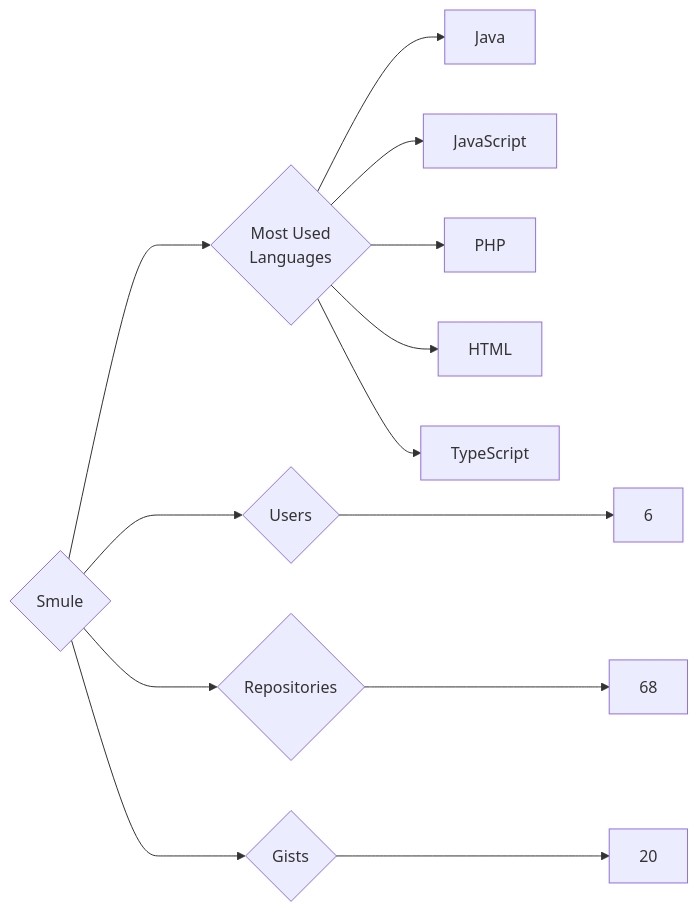
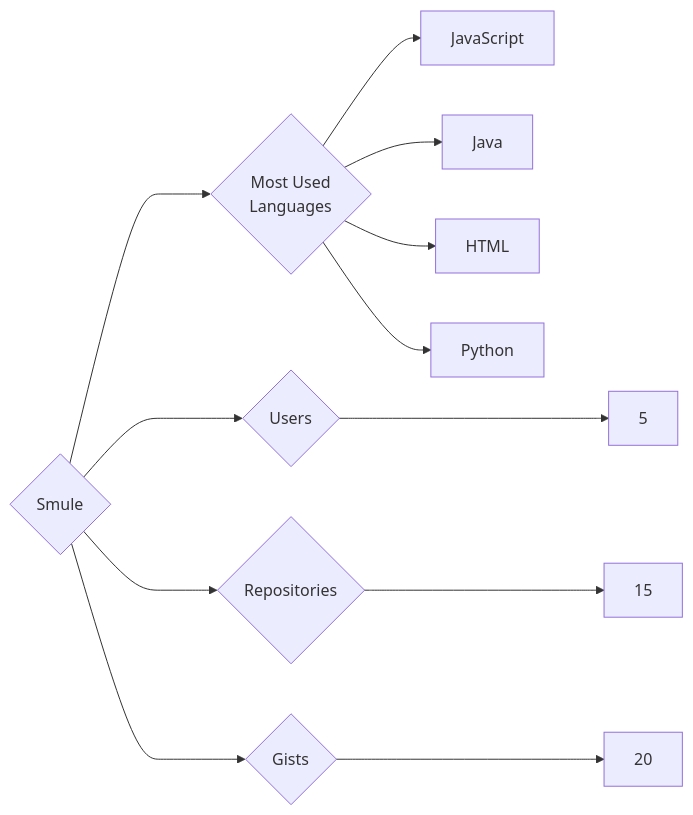
One commit to trickest/insiders changed the diagram in targets/Smule/README.md. Above: the diagram before and after it, drawn with Mermaid. The commit also changed 1248 other files, not shown here.

````diff
--- a/targets/Smule/README.md
+++ b/targets/Smule/README.md
@@ -3,13 +3,12 @@
 ```mermaid
 graph LR
 COMPANY_NAME{Smule}
-COMPANY_NAME ---> U{Users} ---> UN[6]
-COMPANY_NAME ---> R{Repositories} ---> RN[68]
+COMPANY_NAME ---> U{Users} ---> UN[5]
+COMPANY_NAME ---> R{Repositories} ---> RN[15]
 COMPANY_NAME ---> G{Gists} ---> GN[20]
 COMPANY_NAME ---> ML{Most Used<br>Languages}
+ML --> JavaScript[JavaScript]
 ML --> Java[Java]
-ML --> JavaScript[JavaScript]
-ML --> PHP[PHP]
 ML --> HTML[HTML]
-ML --> TypeScript[TypeScript]
+ML --> Python[Python]
 ```
````
